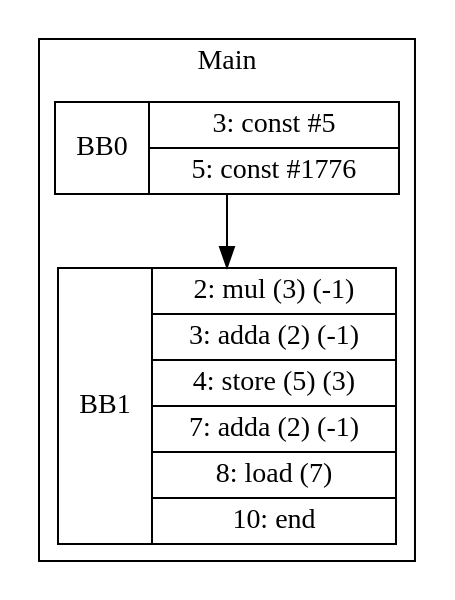
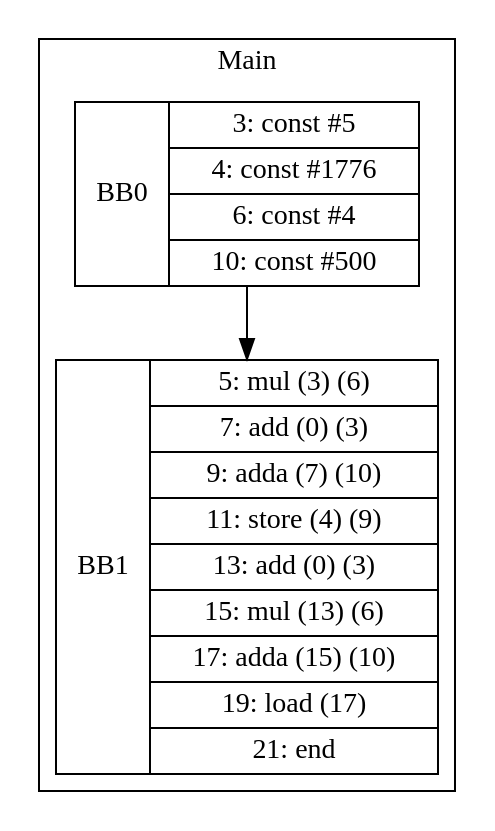
Before and after one commit to zjc664656505/UCI-CS241-Advanced-Compiler-main: the diagram in visualization/jmcgowa/Array1_2.gv, drawn with Graphviz. The commit also changed 35 other files, not shown here.

```diff
--- a/visualization/jmcgowa/Array1_2.gv
+++ b/visualization/jmcgowa/Array1_2.gv
@@ -1,9 +1,9 @@
 digraph G {
 node [shape=record];
 subgraph cluster_main{
 label = "Main";
-BB0 [shape=record, label="<b>BB0|{3: const #5|5: const #1776}"];
-BB1 [shape=record, label="<b>BB1|{2: mul (3) (-1)|3: adda (2) (-1)|4: store (5) (3)|7: adda (2) (-1)|8: load (7)|10: end}"];
+BB0 [shape=record, label="<b>BB0|{3: const #5|4: const #1776|6: const #4|10: const #500}"];
+BB1 [shape=record, label="<b>BB1|{5: mul (3) (6)|7: add (0) (3)|9: adda (7) (10)|11: store (4) (9)|13: add (0) (3)|15: mul (13) (6)|17: adda (15) (10)|19: load (17)|21: end}"];
 }
 BB0:s -> BB1:n ;
 }
```
